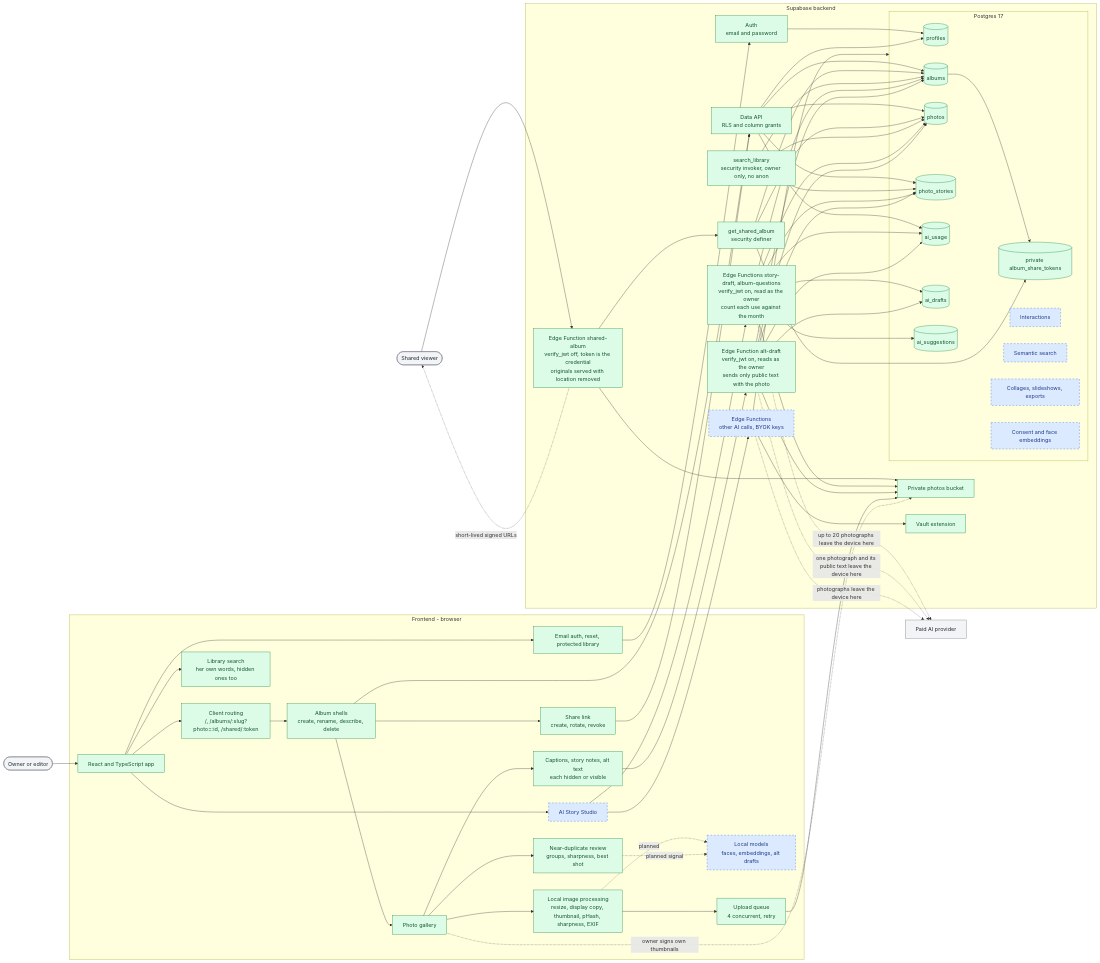
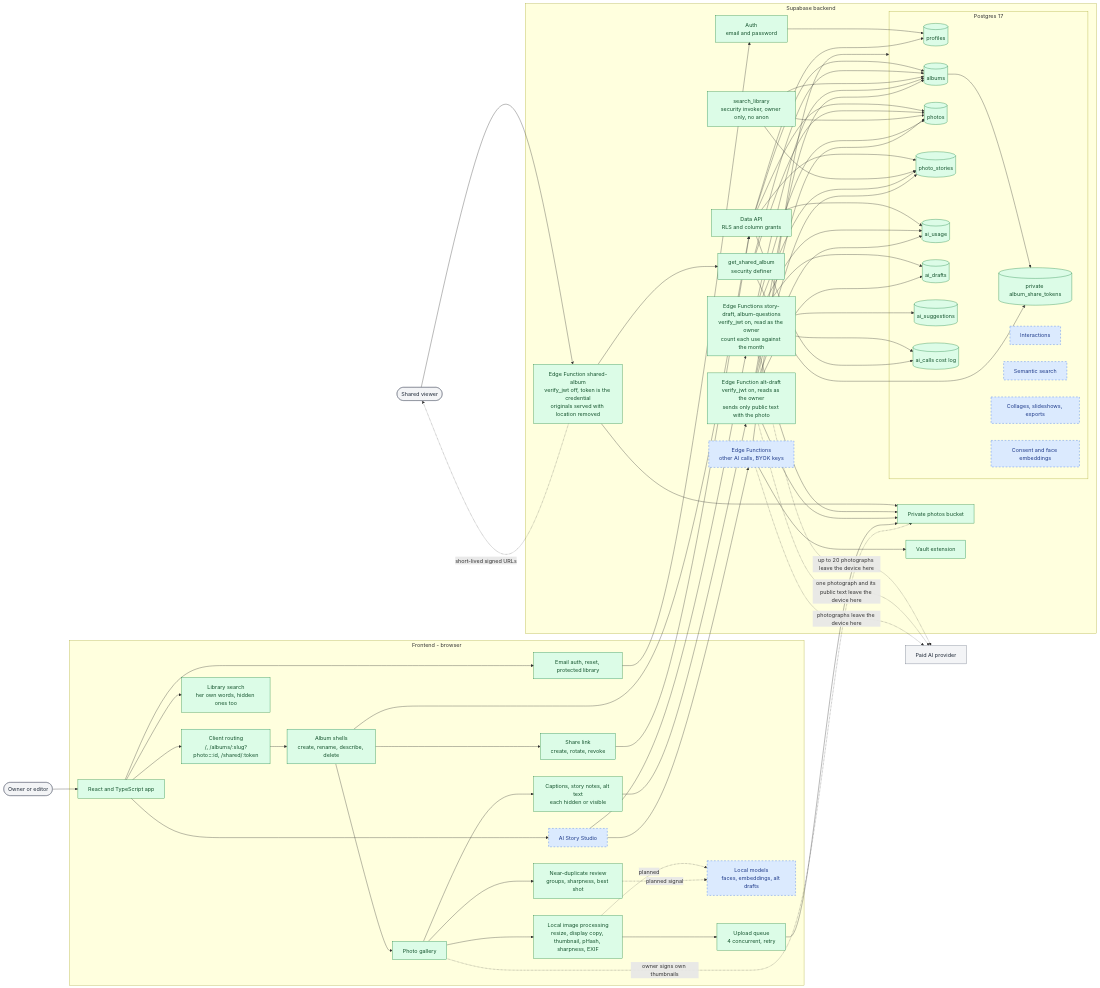
Before and after one commit to Elizabeth1979/albums-studio: the first of 3 diagrams in docs/project-structure.md, drawn with Mermaid. The commit also changed other lines of this file and 18 other files, not shown here.

```diff
--- a/docs/project-structure.md
+++ b/docs/project-structure.md
@@ -97,6 +97,7 @@
             Usage[(ai_usage)]:::current
             Drafts[(ai_drafts)]:::current
             Questions[(ai_suggestions)]:::current
+            Calls[(ai_calls cost log)]:::current
             Tokens[(private album_share_tokens)]:::current
             AISchema["Interactions"]:::planned
             SearchSchema["Semantic search"]:::planned
@@ -116,10 +117,11 @@
         Search --> Albums & Photos & Stories
         EdgeShare --> RPC
         EdgeShare --> Storage
-        EdgeStory --> Albums & Photos & Stories & Drafts & Questions & Usage
+        EdgeStory --> Albums & Photos & Stories & Drafts & Questions & Usage & Calls
         EdgeStory --> Storage
         EdgeAlt --> Albums & Photos & Stories & Drafts & Usage
         EdgeAlt --> Storage
+        DataAPI --> Calls
         EdgeAI --> Database
         EdgeAI --> Vault
     end
```
